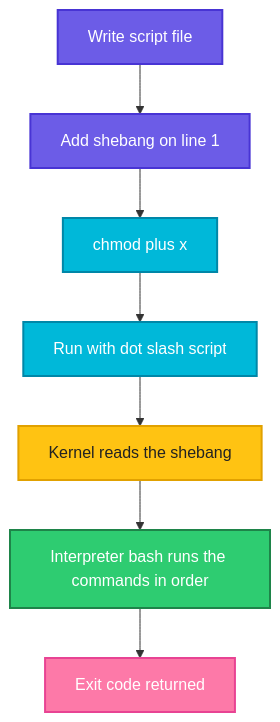
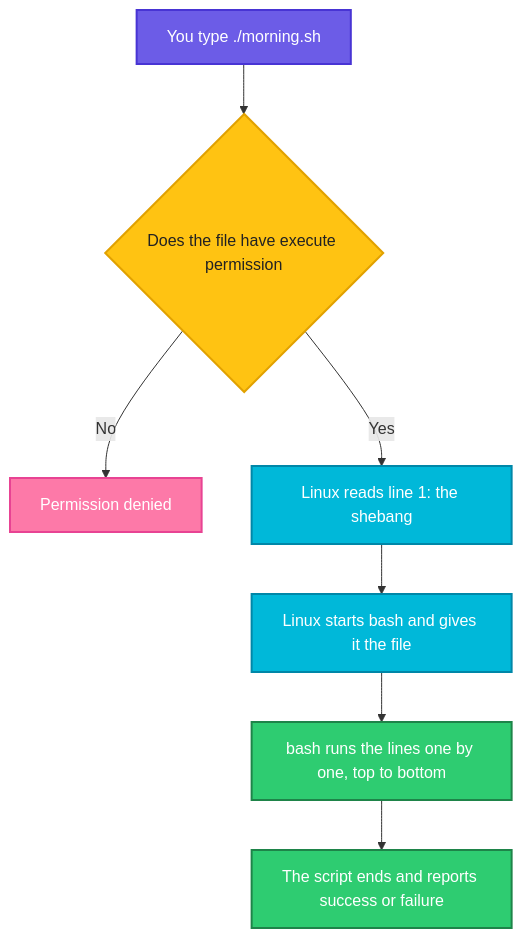
One commit to codeKerdosTech/DevOps-Documentation changed the second of 2 diagrams in shell-script/01-what-is-a-shell-script.md. Above: the diagram before and after it, drawn with Mermaid. The commit also changed other lines of this file, not shown here.

Commit message:
updated shell-script

````diff
--- a/shell-script/01-what-is-a-shell-script.md
+++ b/shell-script/01-what-is-a-shell-script.md
@@ -27,19 +242,19 @@
 ```mermaid
 flowchart TD
-    A[Write script file] --> B[Add shebang on line 1]
-    B --> C[chmod plus x]
-    C --> D[Run with dot slash script]
-    D --> E[Kernel reads the shebang]
-    E --> F[Interpreter bash runs the commands in order]
-    F --> G[Exit code returned]
+    A["You type ./morning.sh"] --> B{"Does the file have execute permission"}
+    B -- No --> C["Permission denied"]
+    B -- Yes --> D["Linux reads line 1: the shebang"]
+    D --> E["Linux starts bash and gives it the file"]
+    E --> F["bash runs the lines one by one, top to bottom"]
+    F --> G["The script ends and reports success or failure"]
     classDef start fill:#6C5CE7,stroke:#4834D4,stroke-width:2px,color:#fff
     classDef proc fill:#00B8D9,stroke:#0087A8,stroke-width:2px,color:#fff
     classDef dec fill:#FFC312,stroke:#E1A100,stroke-width:2px,color:#222
     classDef ok fill:#2ECC71,stroke:#1E8449,stroke-width:2px,color:#fff
     classDef out fill:#FD79A8,stroke:#E84393,stroke-width:2px,color:#fff
-    class A,B start
-    class C,D proc
-    class E dec
-    class F ok
-    class G out
+    class A start
+    class B dec
+    class C out
+    class D,E proc
+    class F,G ok
 ```
````
